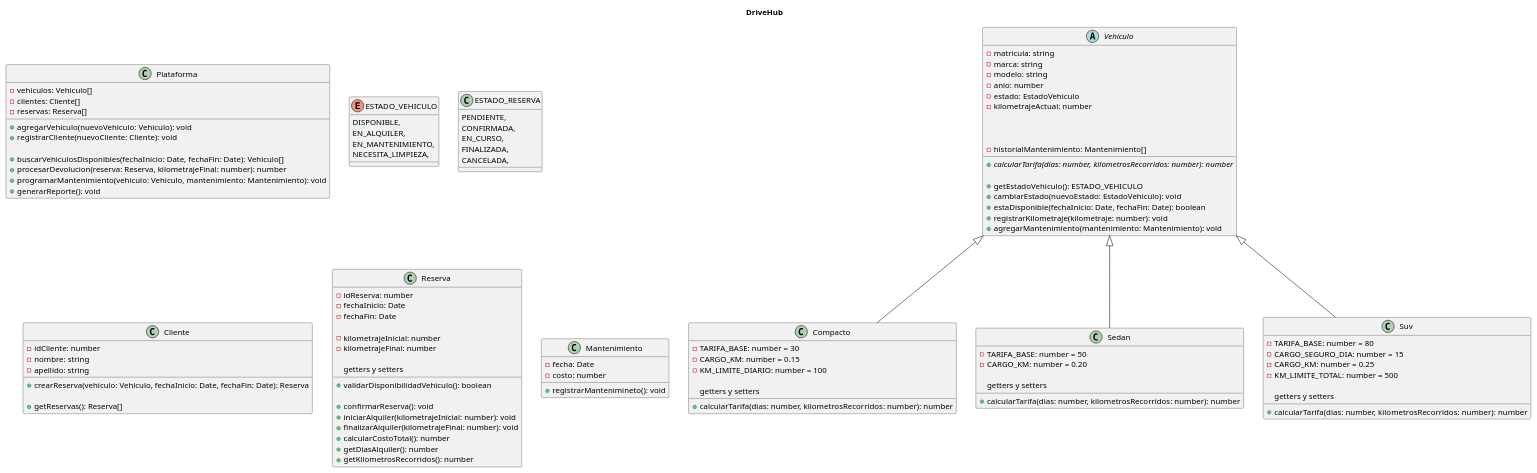
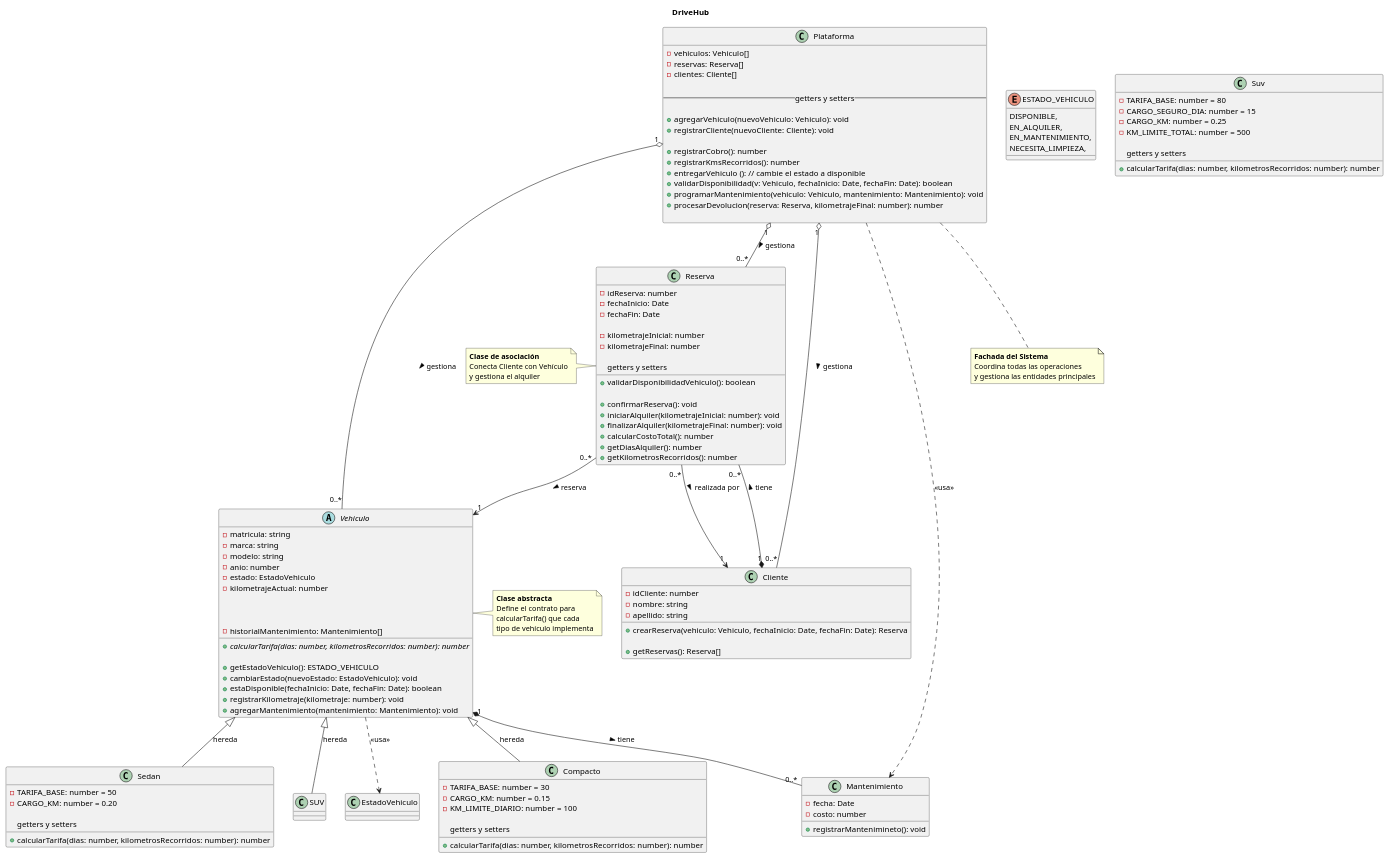
The diagram in src/diagrama.puml/clases.puml (martingustavolopez/PROGRAMACION-II-CUVL), drawn with PlantUML before and after one commit. The commit also changed 6 other files, not shown here.

Commit message:
Cambios en clase Vehiculo y sus clases hijas

```diff
--- a/src/diagrama.puml/clases.puml
+++ b/src/diagrama.puml/clases.puml
@@ -1,129 +1,187 @@
 @startuml
 
 title DriveHub
 
 class Plataforma {
-  - vehiculos: Vehiculo[]
-  - clientes: Cliente[]
-  - reservas: Reserva[]
+    - vehiculos: Vehiculo[]
+    - reservas: Reserva[]
+    - clientes: Cliente[]
 
-  + agregarVehiculo(nuevoVehiculo: Vehiculo): void
-  + registrarCliente(nuevoCliente: Cliente): void
+    -- getters y setters --
 
-  + buscarVehiculosDisponibles(fechaInicio: Date, fechaFin: Date): Vehiculo[]
-  + procesarDevolucion(reserva: Reserva, kilometrajeFinal: number): number
-  + programarMantenimiento(vehiculo: Vehiculo, mantenimiento: Mantenimiento): void
-  + generarReporte(): void
+    + agregarVehiculo(nuevoVehiculo: Vehiculo): void
+    + registrarCliente(nuevoCliente: Cliente): void
+
+    + registrarCobro(): number
+    + registrarKmsRecorridos(): number
+    + entregarVehiculo (): // cambie el estado a disponible
+    + validarDisponibilidad(v: Vehiculo, fechaInicio: Date, fechaFin: Date): boolean
+    + programarMantenimiento(vehiculo: Vehiculo, mantenimiento: Mantenimiento): void
+    + procesarDevolucion(reserva: Reserva, kilometrajeFinal: number): number
+
 }
-' // Donde el string sea la matricula , flota de vehículos
-' // las reservas de sus clientes.
 
 enum ESTADO_VEHICULO {
   DISPONIBLE,
   EN_ALQUILER,
   EN_MANTENIMIENTO,
   NECESITA_LIMPIEZA,
 }
 
-class ESTADO_RESERVA {
-  PENDIENTE,
-  CONFIRMADA,
-  EN_CURSO,
-  FINALIZADA,
-  CANCELADA,
-}
+'class ESTADO_RESERVA {
+'  PENDIENTE,
+'  CONFIRMADA,
+'  EN_CURSO,
+'  FINALIZADA,
+'  CANCELADA,
+'}
 
 abstract class Vehiculo {
   - matricula: string
   - marca: string
   - modelo: string
   - anio: number
   - estado: EstadoVehiculo
   - kilometrajeActual: number
 
   + {abstract} calcularTarifa(dias: number, kilometrosRecorridos: number): number
 
   + getEstadoVehiculo(): ESTADO_VEHICULO
   + cambiarEstado(nuevoEstado: EstadoVehiculo): void
   + estaDisponible(fechaInicio: Date, fechaFin: Date): boolean
 
   - historialMantenimiento: Mantenimiento[]
   + registrarKilometraje(kilometraje: number): void
   + agregarMantenimiento(mantenimiento: Mantenimiento): void
 }
 'Por ejemplo el estaDisponible(...): boolean ; es el quiereSubir de la clase Empleado
 
 class Compacto {
   - TARIFA_BASE: number = 30
   - CARGO_KM: number = 0.15
   - KM_LIMITE_DIARIO: number = 100
 
   --getters y setters--  
   + calcularTarifa(dias: number, kilometrosRecorridos: number): number
 }
 
 class Sedan {
   - TARIFA_BASE: number = 50
   - CARGO_KM: number = 0.20
 
   --getters y setters--    
   + calcularTarifa(dias: number, kilometrosRecorridos: number): number
 }
 
 class Suv {
   - TARIFA_BASE: number = 80
   - CARGO_SEGURO_DIA: number = 15
   - CARGO_KM: number = 0.25
   - KM_LIMITE_TOTAL: number = 500
 
   --getters y setters--  
   + calcularTarifa(dias: number, kilometrosRecorridos: number): number
 }
 
 class Cliente {
   - idCliente: number
   - nombre: string
   - apellido: string
 
   + crearReserva(vehiculo: Vehiculo, fechaInicio: Date, fechaFin: Date): Reserva
   
   + getReservas(): Reserva[]
 }
 
 class Reserva {
   - idReserva: number
   - fechaInicio: Date
   - fechaFin: Date
 
   - kilometrajeInicial: number
   - kilometrajeFinal: number
   
   --getters y setters--    
   + validarDisponibilidadVehiculo(): boolean
 
   + confirmarReserva(): void
   + iniciarAlquiler(kilometrajeInicial: number): void
   + finalizarAlquiler(kilometrajeFinal: number): void
   + calcularCostoTotal(): number
   + getDiasAlquiler(): number
   + getKilometrosRecorridos(): number
 }
 ' Y el validarDisponibilidadVehiculo() usa el vehiculo.estaDisponible(...) dadas las fechas que se pasan en la reserva.
 
 class Mantenimiento {
   - fecha: Date
   - costo: number
   + registrarMantenimineto(): void
 }
 
-'Relaciones
-' "Un Cliente puede tener cero, una o múltiples reservas"
-' Cliente 1 -- 0..* Reserva
+' ============================================
+' RELACIONES DE HERENCIA (Generalización)
+' ============================================
+Vehiculo <|-- Compacto : hereda
+Vehiculo <|-- Sedan : hereda
+Vehiculo <|-- SUV : hereda
 
-Vehiculo <|-- Compacto
-Vehiculo <|-- Sedan
-Vehiculo <|-- Suv
+' ============================================
+' RELACIONES DE COMPOSICIÓN
+' ============================================
+' Cliente compone Reservas (si se elimina el cliente, se eliminan sus reservas)
+Cliente "1" *-- "0..*" Reserva : tiene >
 
-'// Un cliente puede crear una reserva para un vehículo específico, indicando fecha inicio y fin.
+' Vehiculo compone Mantenimientos (si se elimina el vehículo, se eliminan sus mantenimientos)
+Vehiculo "1" *-- "0..*" Mantenimiento : tiene >
+
+' ============================================
+' RELACIONES DE ASOCIACIÓN
+' ============================================
+' Reserva asocia con Vehiculo (la reserva necesita saber qué vehículo)
+Reserva "0..*" --> "1" Vehiculo : reserva >
+
+' Reserva asocia con Cliente (la reserva necesita saber quién la hizo)
+Reserva "0..*" --> "1" Cliente : realizada por >
+
+' ============================================
+' RELACIONES DE AGREGACIÓN
+' ============================================
+' Plataforma agrega Vehiculos (los vehículos pueden existir independientemente)
+Plataforma "1" o-- "0..*" Vehiculo : gestiona >
+
+' Plataforma agrega Clientes (los clientes pueden existir independientemente)
+Plataforma "1" o-- "0..*" Cliente : gestiona >
+
+' Plataforma agrega Reservas (las reservas pueden existir independientemente)
+Plataforma "1" o-- "0..*" Reserva : gestiona >
+
+' ============================================
+' RELACIONES DE DEPENDENCIA
+' ============================================
+' Vehiculo depende de EstadoVehiculo (usa el enum)
+Vehiculo ..> EstadoVehiculo : <<usa>>
+
+' Plataforma depende de Mantenimiento (método programarMantenimiento)
+Plataforma ..> Mantenimiento : <<usa>>
+
+note right of Vehiculo
+  **Clase abstracta**
+  Define el contrato para
+  calcularTarifa() que cada
+  tipo de vehículo implementa
+end note
+
+note bottom of Plataforma
+  **Fachada del Sistema**
+  Coordina todas las operaciones
+  y gestiona las entidades principales
+end note
+
+note left of Reserva
+  **Clase de asociación**
+  Conecta Cliente con Vehículo
+  y gestiona el alquiler
+end note
 
 @enduml
```
